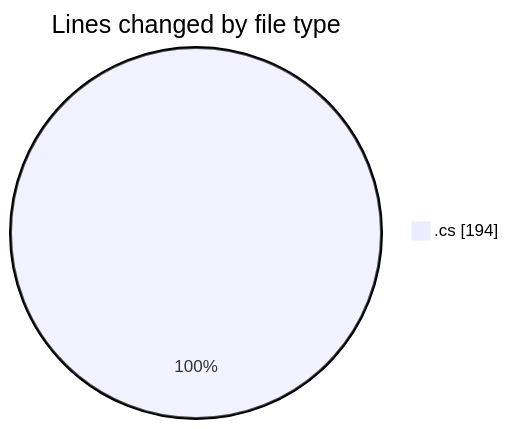
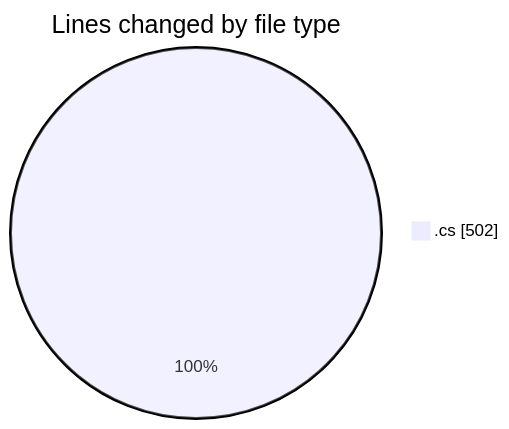
The first of 2 diagrams in 2025-03-19/sharpmasm/README.md (charlie-sans/code-tracking), drawn with Mermaid before and after one commit. The commit also changed other lines of this file and 1 other file, not shown here.

````diff
--- a/2025-03-19/sharpmasm/README.md
+++ b/2025-03-19/sharpmasm/README.md
@@ -21,5 +21,5 @@
 ```mermaid
 pie showData
 title Lines changed by file type
-".cs" : 194
+".cs" : 502
 ```
````
